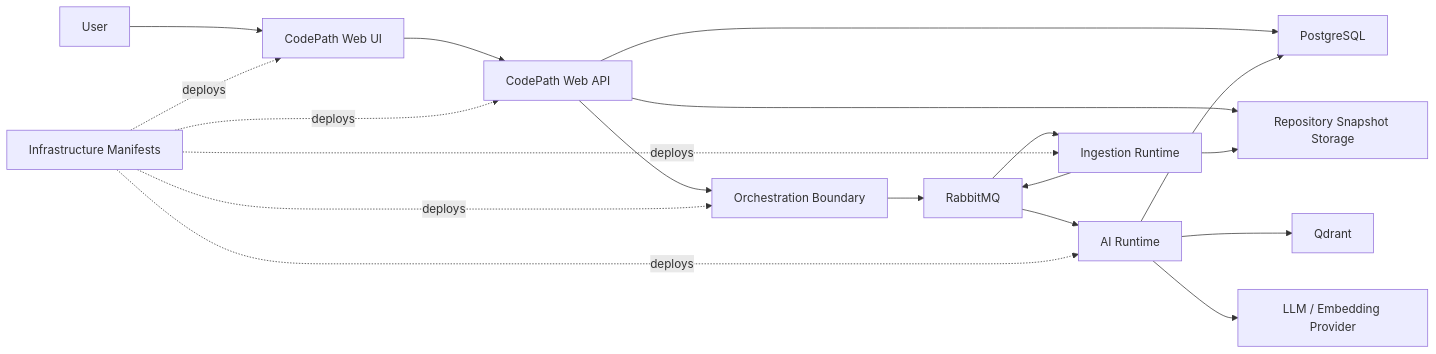
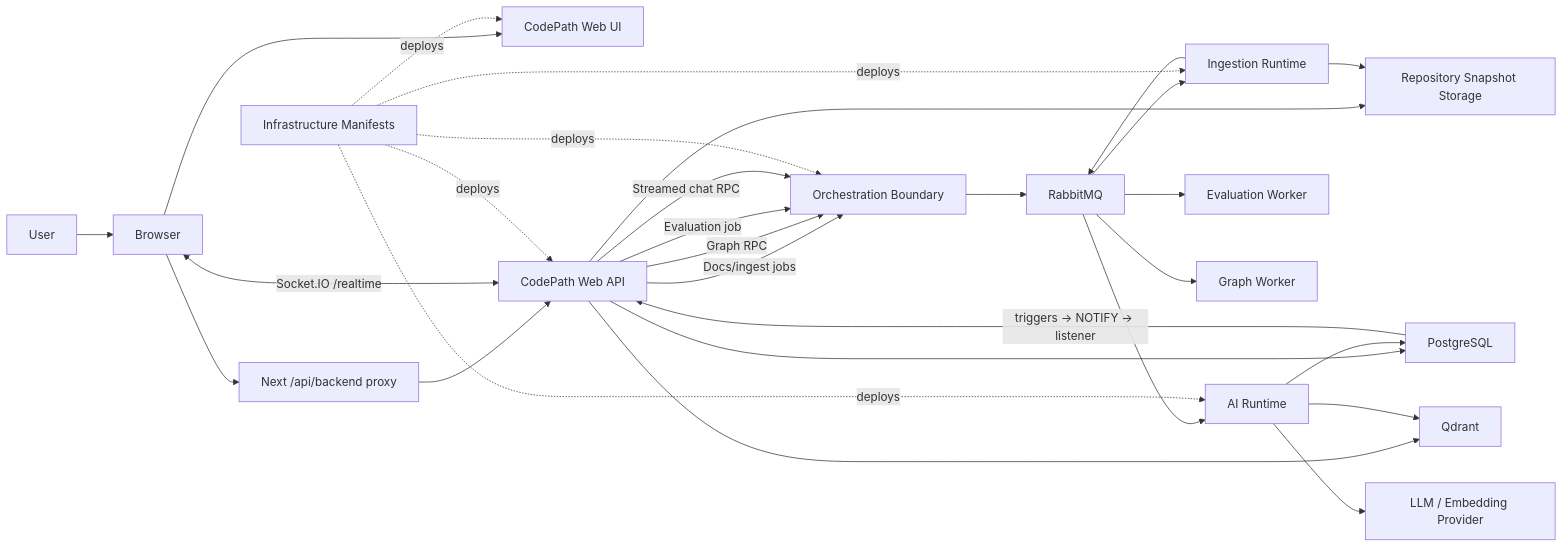
The first of 5 diagrams in architecture.md (JakubMikolajek/CodePath-Web), drawn with Mermaid before and after one commit. The commit also changed other lines of this file and 88 other files, not shown here.

````diff
--- a/architecture.md
+++ b/architecture.md
@@ -109,27 +112,37 @@
 ```mermaid
 flowchart LR
-  User["User"] --> Web["CodePath Web UI"]
-  Web --> Api["CodePath Web API"]
+  User["User"] --> Browser["Browser"]
+  Browser --> Web["CodePath Web UI"]
+  Browser --> Proxy["Next /api/backend proxy"]
+  Proxy --> Api["CodePath Web API"]
 
   Api --> Db["PostgreSQL"]
   Api --> SnapshotStorage["Repository Snapshot Storage"]
-  Api --> Orchestrator["Orchestration Boundary"]
+  Api -->|Docs/ingest jobs| Orchestrator["Orchestration Boundary"]
+  Api -->|Graph RPC| Orchestrator
+  Api -->|Evaluation job| Orchestrator
+  Api -->|Streamed chat RPC| Orchestrator
+  Api --> VectorDb["Qdrant"]
+  Browser <--> |Socket.IO /realtime| Api
+  Db -->|triggers → NOTIFY → listener| Api
 
   Orchestrator --> Queue["RabbitMQ"]
 
   Queue --> Ingest["Ingestion Runtime"]
   Queue --> Ai["AI Runtime"]
+  Queue --> Evaluation["Evaluation Worker"]
+  Queue --> Graph["Graph Worker"]
 
   Ingest --> SnapshotStorage
   Ingest --> Queue
 
   Ai --> VectorDb["Qdrant"]
   Ai --> Db
   Ai --> ModelProvider["LLM / Embedding Provider"]
 
   Infra["Infrastructure Manifests"] -. deploys .-> Web
   Infra -. deploys .-> Api
   Infra -. deploys .-> Orchestrator
   Infra -. deploys .-> Ingest
   Infra -. deploys .-> Ai
 ```
````
